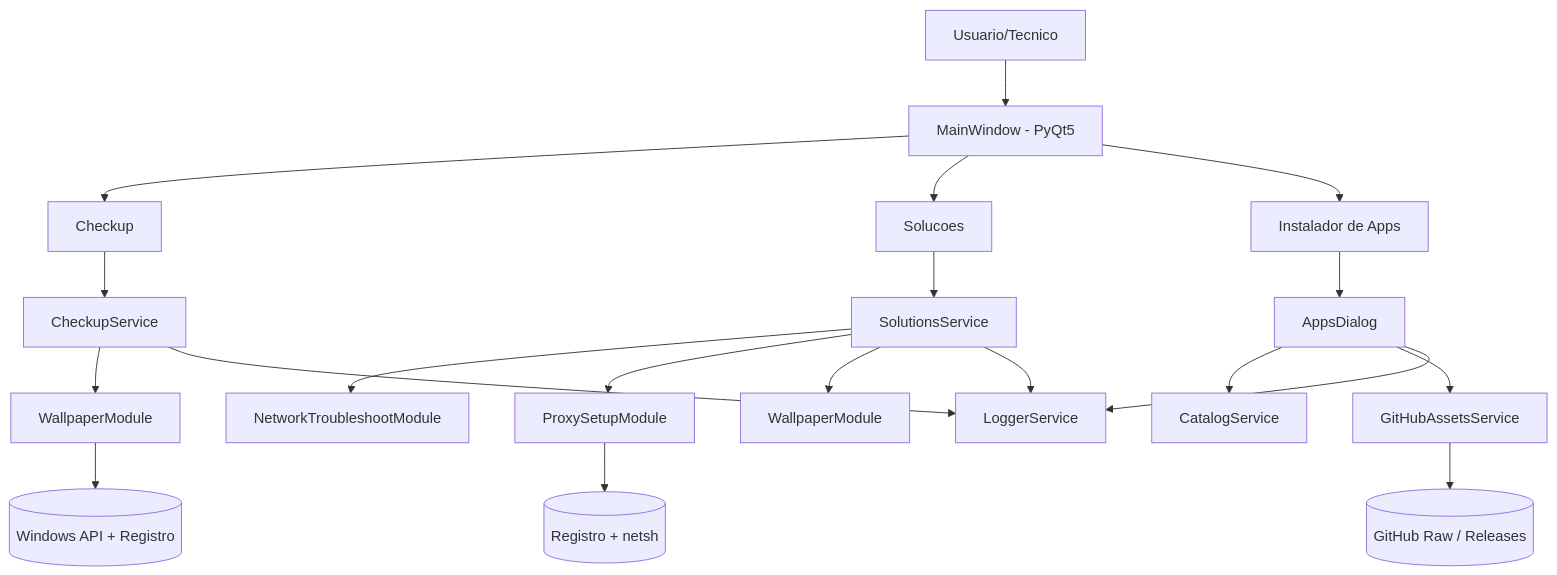
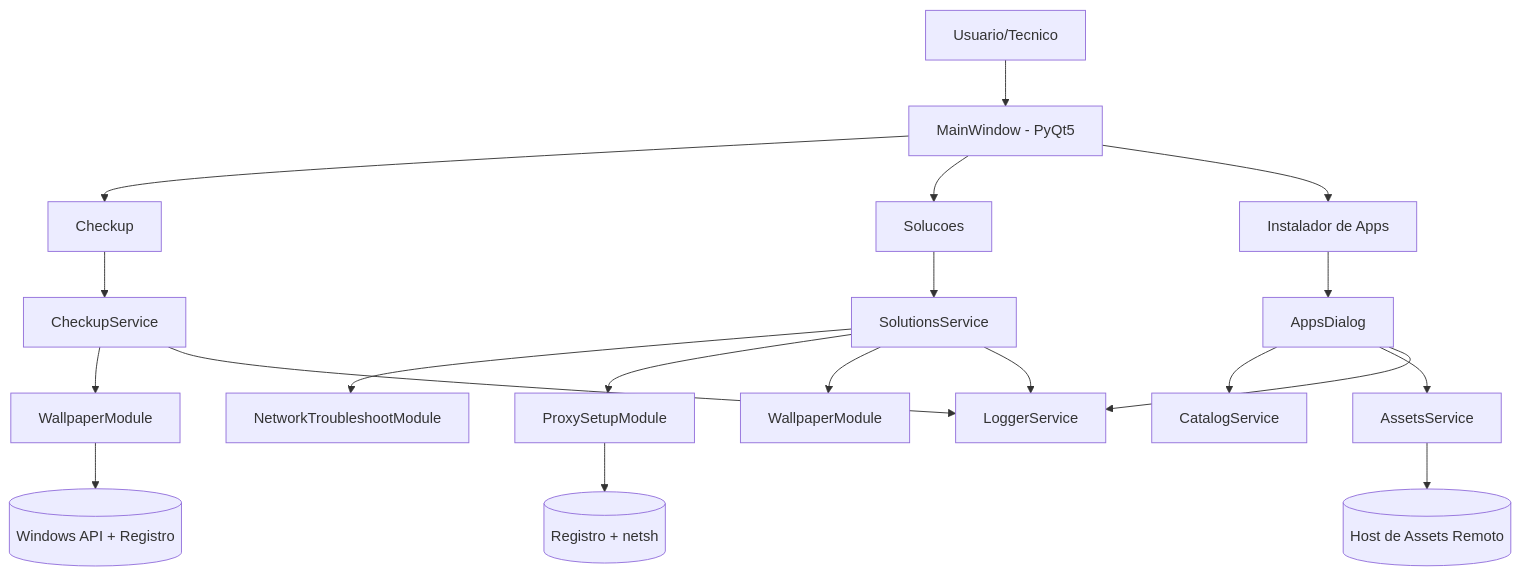
One commit to valter-junnior/sas-caema changed the first of 7 diagrams in docs/diagramas.md. Above: the diagram before and after it, drawn with Mermaid. The commit also changed other lines of this file and 9 other files, not shown here.

Commit message:
feat: update app distribution flow to use dedicated remote assets host

````diff
--- a/docs/diagramas.md
+++ b/docs/diagramas.md
@@ -7,29 +7,29 @@
 ```mermaid
 flowchart TB
     U[Usuario/Tecnico] --> UI[MainWindow - PyQt5]
 
     UI --> C[Checkup]
     UI --> S[Solucoes]
     UI --> A[Instalador de Apps]
 
     C --> CS[CheckupService]
     CS --> WM[WallpaperModule]
 
     S --> SS[SolutionsService]
     SS --> NT[NetworkTroubleshootModule]
     SS --> PM[ProxySetupModule]
     SS --> WF[WallpaperModule]
 
     A --> AD[AppsDialog]
     AD --> CAT[CatalogService]
-    AD --> GHS[GitHubAssetsService]
+    AD --> AS[AssetsService]
 
-    GHS --> GH[(GitHub Raw / Releases)]
+    AS --> RH[(Host de Assets Remoto)]
 
     WM --> WIN[(Windows API + Registro)]
     PM --> REG[(Registro + netsh)]
 
     CS --> LOG[LoggerService]
     SS --> LOG
     AD --> LOG
 ```
````
